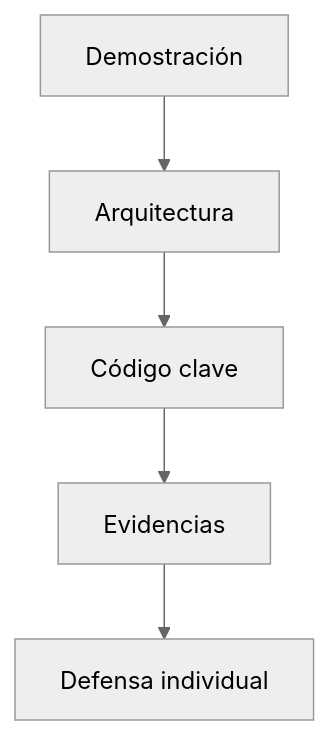
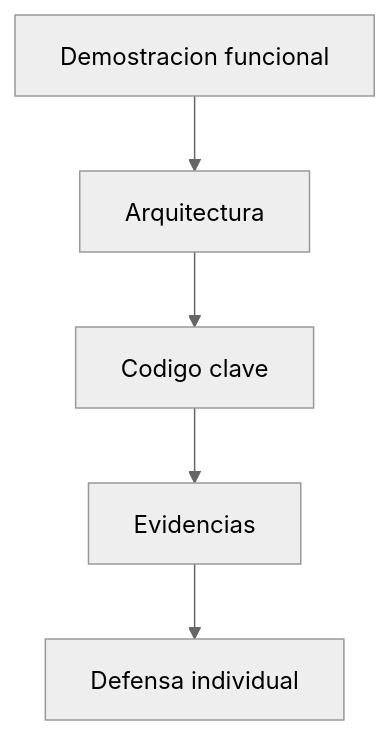
One commit to 262poo/comarket changed the diagram in docs/S15_Documentacion_Demo.md. Above: the diagram before and after it, drawn with Mermaid (neutral theme). The commit also changed other lines of this file and 17 other files, not shown here.

````diff
--- a/docs/S15_Documentacion_Demo.md
+++ b/docs/S15_Documentacion_Demo.md
@@ -51,13 +52,13 @@
 ```mermaid
 flowchart TB
-    Demo["Demostración"]
+    Demo["Demostracion funcional"]
     Arquitectura["Arquitectura"]
-    Codigo["Código clave"]
+    Codigo["Codigo clave"]
     Evidencias["Evidencias"]
     Defensa["Defensa individual"]
 
     Demo --> Arquitectura
     Arquitectura --> Codigo
     Codigo --> Evidencias
     Evidencias --> Defensa
 ```
````
